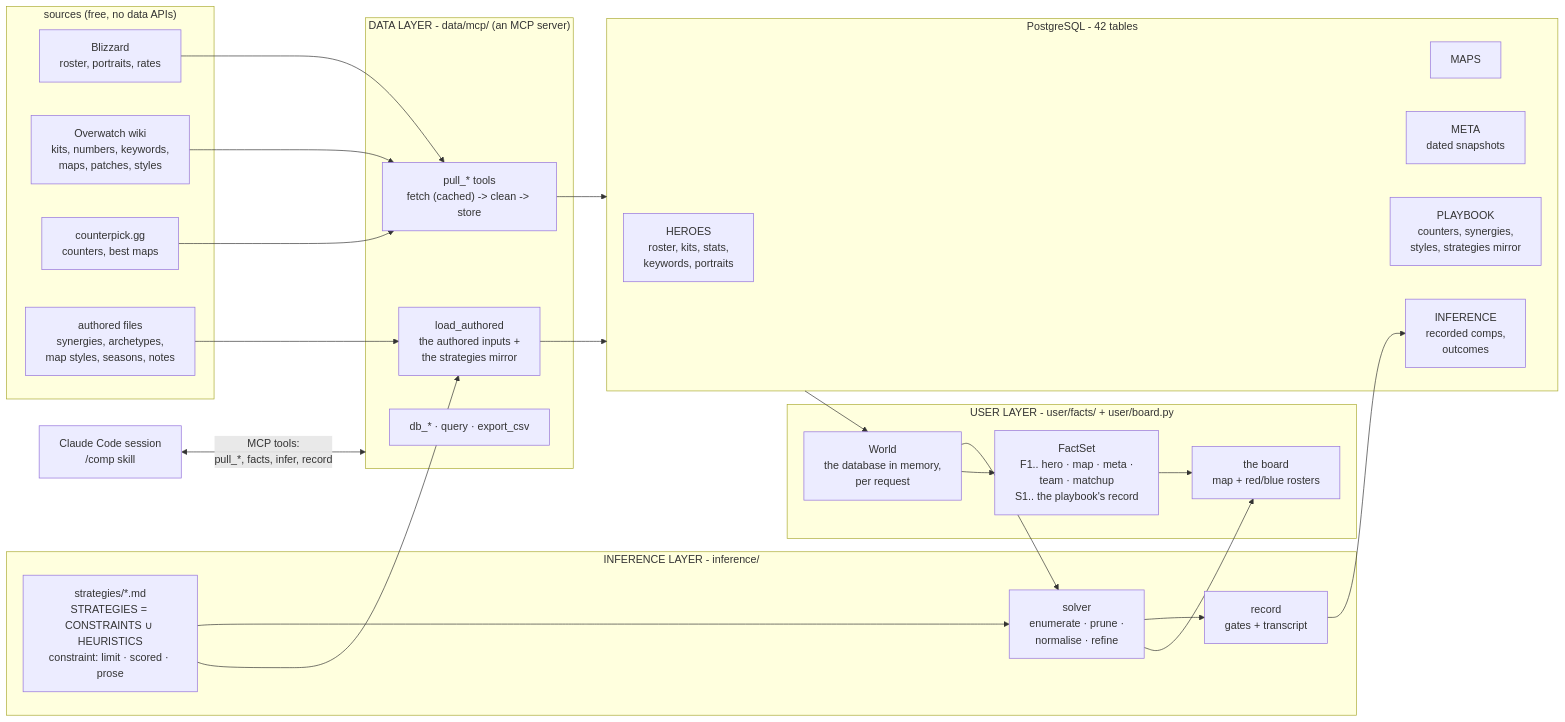
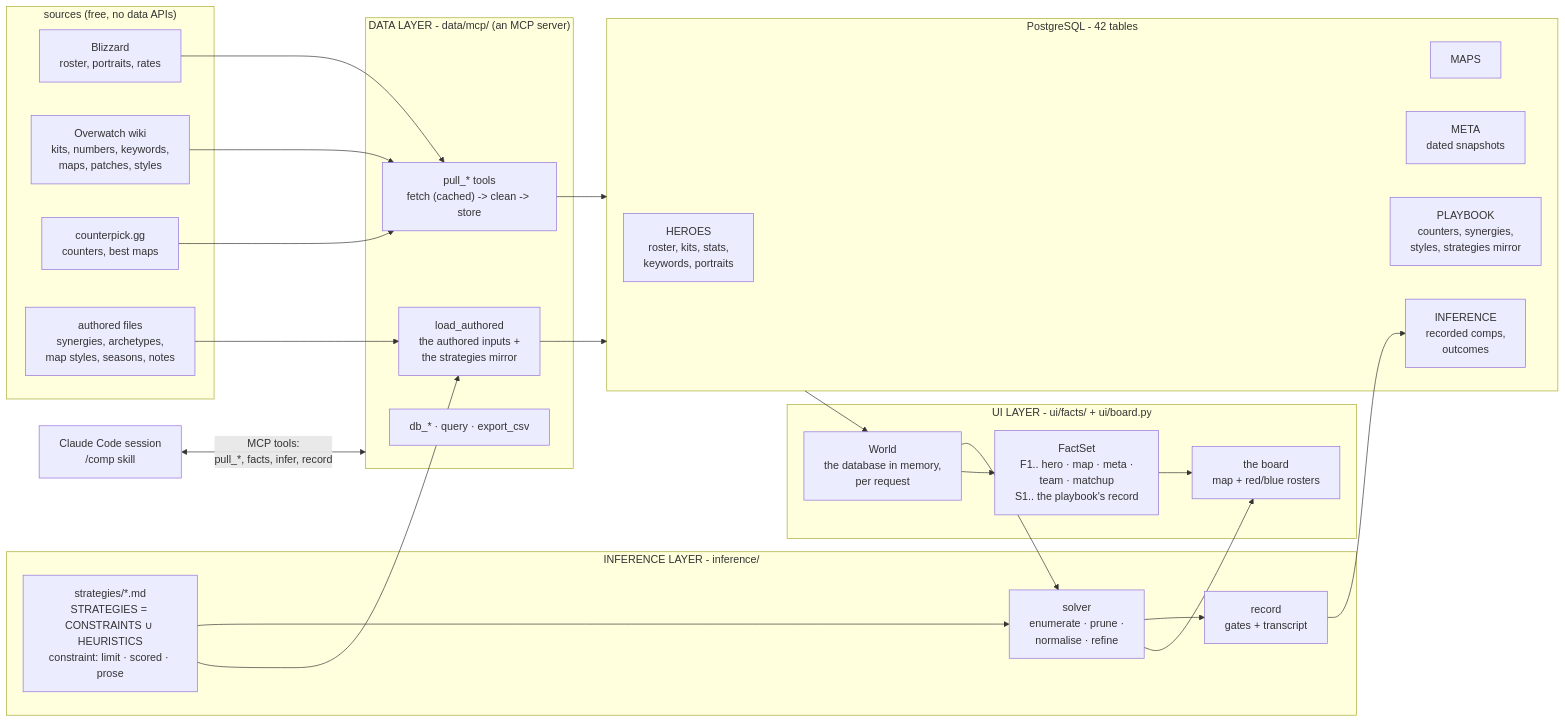
Before and after one commit to mmikol/counter-utility-matrix: the first of 6 diagrams in docs/architecture.md, drawn with Mermaid. The commit also changed other lines of this file and 31 other files, not shown here.

First line of the commit message:
The user layer is the ui layer: user/ -> ui/, tests/user -> tests/ui

````diff
--- a/docs/architecture.md
+++ b/docs/architecture.md
@@ -7,46 +7,46 @@
 ```mermaid
 flowchart LR
     subgraph SOURCES["sources (free, no data APIs)"]
         BLZ["Blizzard<br/>roster, portraits, rates"]
         WIKI["Overwatch wiki<br/>kits, numbers, keywords,<br/>maps, patches, styles"]
         CPK["counterpick.gg<br/>counters, best maps"]
         CSV["authored files<br/>synergies, archetypes,<br/>map styles, seasons, notes"]
     end
 
     subgraph DATA["DATA LAYER - data/mcp/ (an MCP server)"]
         PULL["pull_* tools<br/>fetch (cached) -> clean -> store"]
         PLAY["load_authored<br/>the authored inputs +<br/>the strategies mirror"]
         DBT["db_* · query · export_csv"]
     end
 
     subgraph PG["PostgreSQL - 42 tables"]
         HEROES["HEROES<br/>roster, kits, stats,<br/>keywords, portraits"]
         MAPS["MAPS"]
         META["META<br/>dated snapshots"]
         PLAYBOOK["PLAYBOOK<br/>counters, synergies,<br/>styles, strategies mirror"]
         INF["INFERENCE<br/>recorded comps,<br/>outcomes"]
     end
 
-    subgraph USER["USER LAYER - user/facts/ + user/board.py"]
+    subgraph USER["UI LAYER - ui/facts/ + ui/board.py"]
         WORLD["World<br/>the database in memory,<br/>per request"]
         FACTS["FactSet<br/>F1.. hero · map · meta ·<br/>team · matchup<br/>S1.. the playbook's record"]
         BOARD["the board<br/>map + red/blue rosters"]
     end
 
     subgraph INFER["INFERENCE LAYER - inference/"]
         HEUR["strategies/*.md<br/>STRATEGIES = CONSTRAINTS ∪ HEURISTICS<br/>constraint: limit · scored · prose"]
         SOLVER["solver<br/>enumerate · prune ·<br/>normalise · refine"]
         REC["record<br/>gates + transcript"]
     end
 
     BLZ & WIKI & CPK --> PULL
     CSV --> PLAY
     HEUR --> PLAY
     PULL & PLAY --> PG
     PG --> WORLD --> FACTS --> BOARD
     WORLD --> SOLVER
     HEUR --> SOLVER
     SOLVER --> BOARD
     SOLVER --> REC --> INF
     CHAT["Claude Code session<br/>/comp skill"] <-->|"MCP tools:<br/>pull_*, facts, infer, record"| DATA
 ```
````
